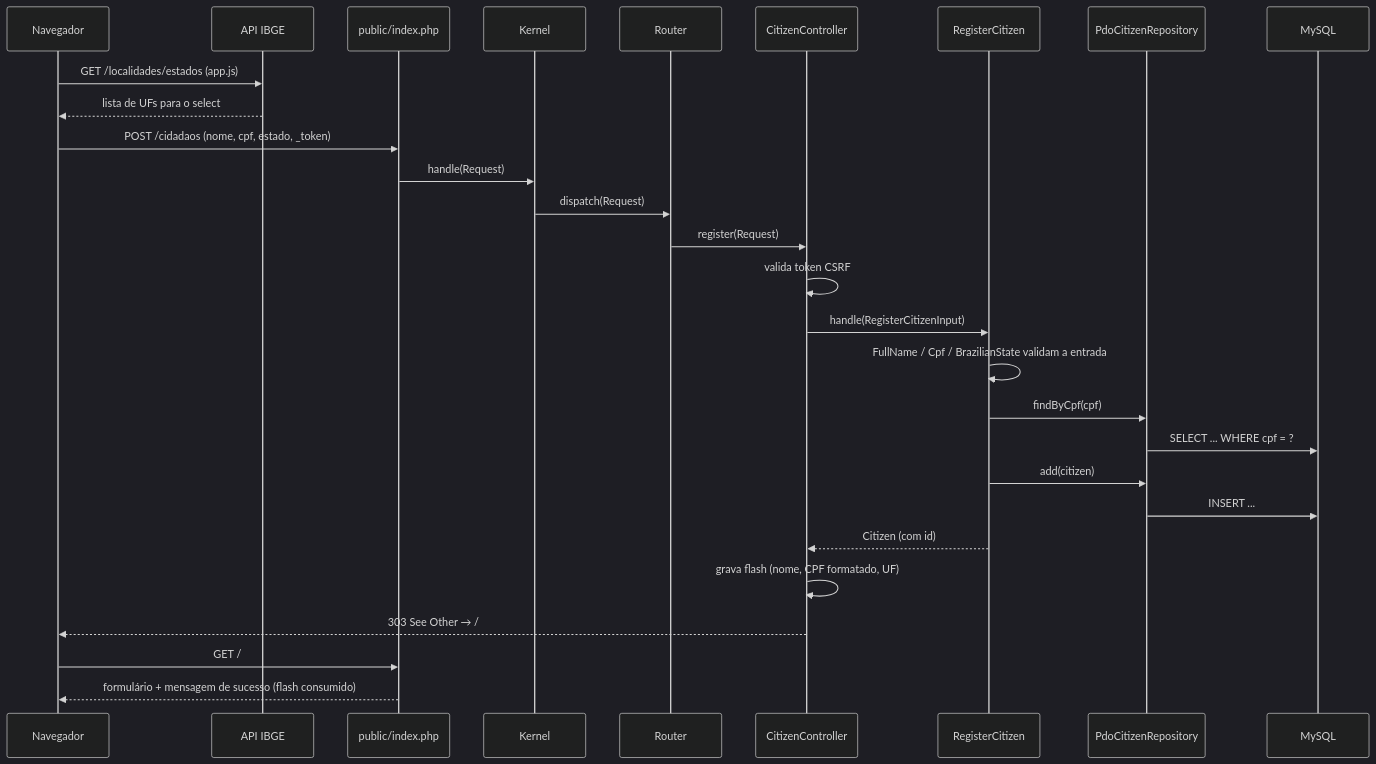
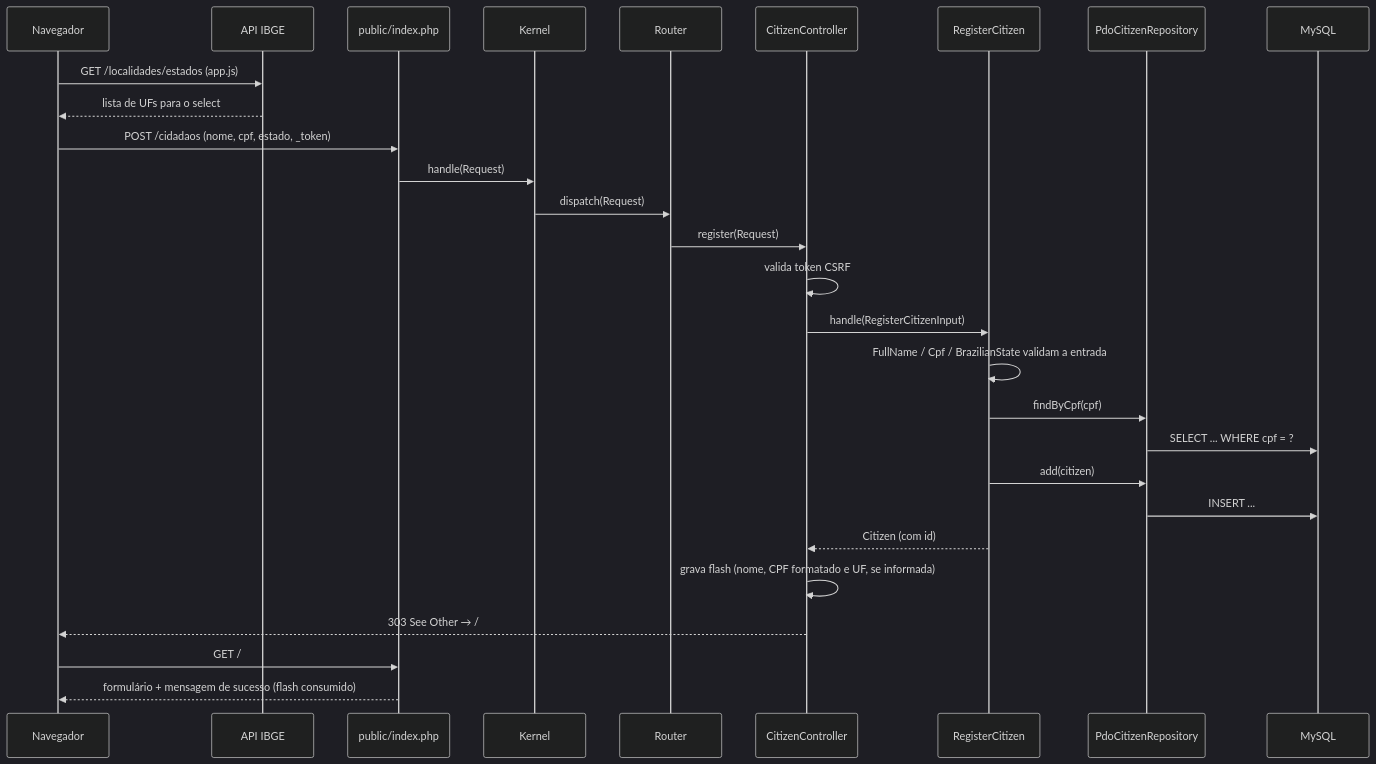
Before and after one commit to nmycry/desafio-estagio: the second of 2 diagrams in docs/ARQUITETURA.md, drawn with Mermaid (dark theme). The commit also changed other lines of this file and 28 other files, not shown here.

````diff
--- a/docs/ARQUITETURA.md
+++ b/docs/ARQUITETURA.md
@@ -93,31 +89,31 @@
 ```mermaid
 sequenceDiagram
     participant B as Navegador
     participant IBGE as API IBGE
     participant FC as public/index.php
     participant K as Kernel
     participant R as Router
     participant C as CitizenController
     participant UC as RegisterCitizen
     participant Repo as PdoCitizenRepository
     participant DB as MySQL
 
     B->>IBGE: GET /localidades/estados (app.js)
     IBGE-->>B: lista de UFs para o select
     B->>FC: POST /cidadaos (nome, cpf, estado, _token)
     FC->>K: handle(Request)
     K->>R: dispatch(Request)
     R->>C: register(Request)
     C->>C: valida token CSRF
     C->>UC: handle(RegisterCitizenInput)
     UC->>UC: FullName / Cpf / BrazilianState validam a entrada
     UC->>Repo: findByCpf(cpf)
     Repo->>DB: SELECT ... WHERE cpf = ?
     UC->>Repo: add(citizen)
     Repo->>DB: INSERT ...
     UC-->>C: Citizen (com id)
-    C->>C: grava flash (nome, CPF formatado, UF)
+    C->>C: grava flash (nome, CPF formatado e UF, se informada)
     C-->>B: 303 See Other → /
     B->>FC: GET /
     FC-->>B: formulário + mensagem de sucesso (flash consumido)
 ```
````
